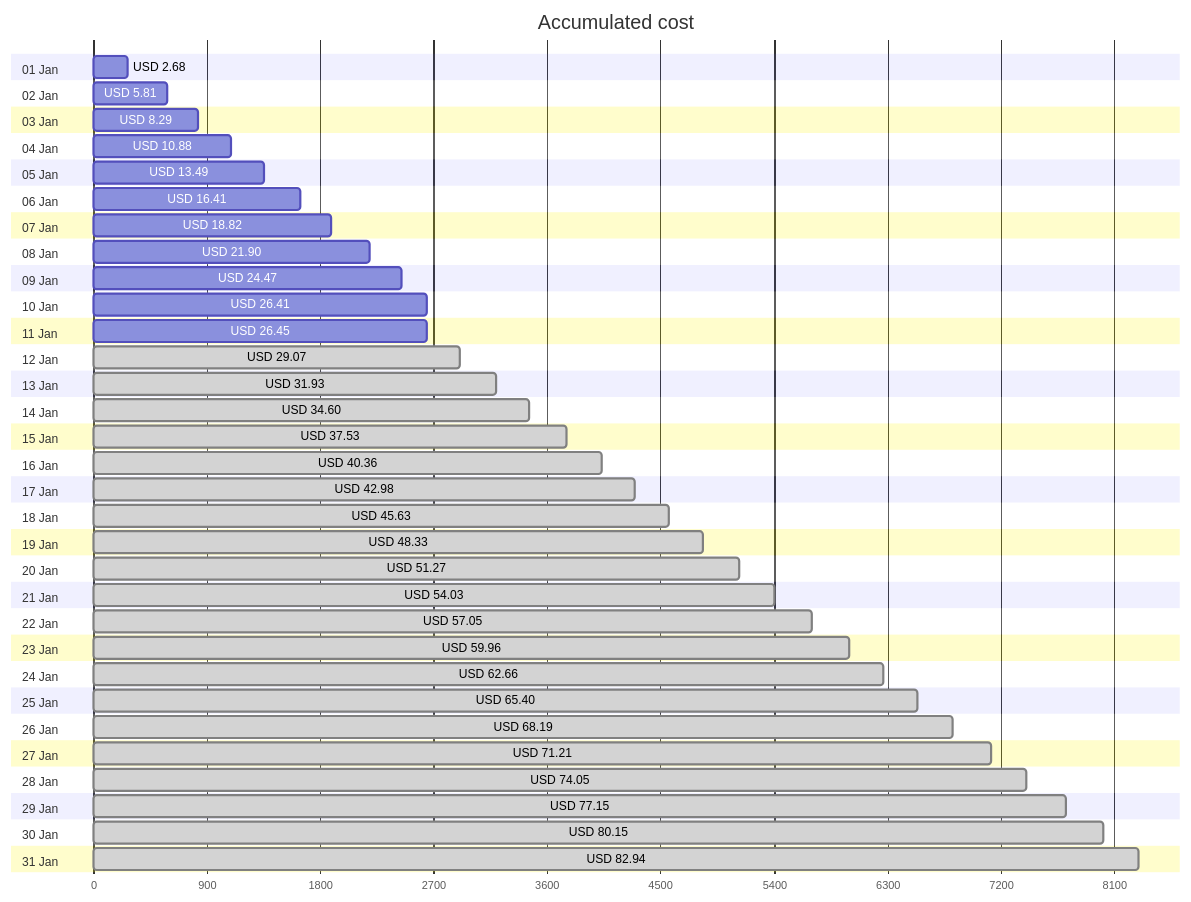
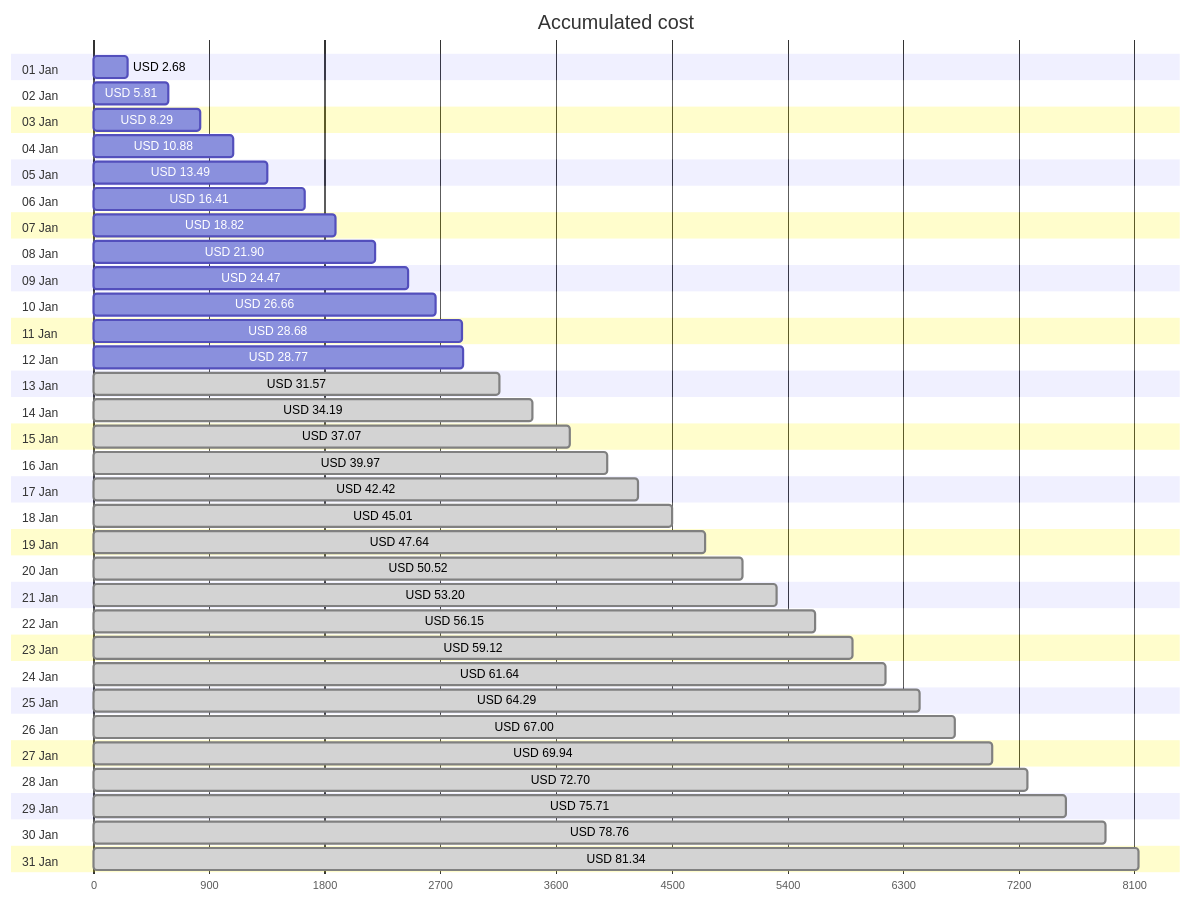
One commit to jpfulton/azure-personal-reports changed the first of 4 diagrams in cost-reports/accumulated-cost.md. Above: the diagram before and after it, drawn with Mermaid. The commit also changed other lines of this file and 4 other files, not shown here.

````diff
--- a/cost-reports/accumulated-cost.md
+++ b/cost-reports/accumulated-cost.md
@@ -20,68 +20,68 @@
 ```mermaid
 gantt
    title Accumulated cost
    dateFormat  X
    axisFormat %s
    section 01 Jan
    USD 2.68 :0, 268
    section 02 Jan
    USD 5.81 :0, 581
    section 03 Jan
    USD 8.29 :0, 829
    section 04 Jan
    USD 10.88 :0, 1088
    section 05 Jan
    USD 13.49 :0, 1349
    section 06 Jan
    USD 16.41 :0, 1641
    section 07 Jan
    USD 18.82 :0, 1882
    section 08 Jan
    USD 21.90 :0, 2190
    section 09 Jan
    USD 24.47 :0, 2447
    section 10 Jan
-   USD 26.41 :0, 2641
+   USD 26.66 :0, 2666
    section 11 Jan
-   USD 26.45 :0, 2645
+   USD 28.68 :0, 2868
    section 12 Jan
-   USD 29.07 : done, 0, 2907
+   USD 28.77 :0, 2877
    section 13 Jan
-   USD 31.93 : done, 0, 3193
+   USD 31.57 : done, 0, 3157
    section 14 Jan
-   USD 34.60 : done, 0, 3460
+   USD 34.19 : done, 0, 3419
    section 15 Jan
-   USD 37.53 : done, 0, 3753
+   USD 37.07 : done, 0, 3707
    section 16 Jan
-   USD 40.36 : done, 0, 4036
+   USD 39.97 : done, 0, 3997
    section 17 Jan
-   USD 42.98 : done, 0, 4298
+   USD 42.42 : done, 0, 4242
    section 18 Jan
-   USD 45.63 : done, 0, 4563
+   USD 45.01 : done, 0, 4501
    section 19 Jan
-   USD 48.33 : done, 0, 4833
+   USD 47.64 : done, 0, 4764
    section 20 Jan
-   USD 51.27 : done, 0, 5127
+   USD 50.52 : done, 0, 5052
    section 21 Jan
-   USD 54.03 : done, 0, 5403
+   USD 53.20 : done, 0, 5320
    section 22 Jan
-   USD 57.05 : done, 0, 5705
+   USD 56.15 : done, 0, 5615
    section 23 Jan
-   USD 59.96 : done, 0, 5996
+   USD 59.12 : done, 0, 5912
    section 24 Jan
-   USD 62.66 : done, 0, 6266
+   USD 61.64 : done, 0, 6164
    section 25 Jan
-   USD 65.40 : done, 0, 6540
+   USD 64.29 : done, 0, 6429
    section 26 Jan
-   USD 68.19 : done, 0, 6819
+   USD 67.00 : done, 0, 6700
    section 27 Jan
-   USD 71.21 : done, 0, 7121
+   USD 69.94 : done, 0, 6994
    section 28 Jan
-   USD 74.05 : done, 0, 7405
+   USD 72.70 : done, 0, 7270
    section 29 Jan
-   USD 77.15 : done, 0, 7715
+   USD 75.71 : done, 0, 7571
    section 30 Jan
-   USD 80.15 : done, 0, 8015
+   USD 78.76 : done, 0, 7876
    section 31 Jan
-   USD 82.94 : done, 0, 8294
+   USD 81.34 : done, 0, 8134
 ```
````
